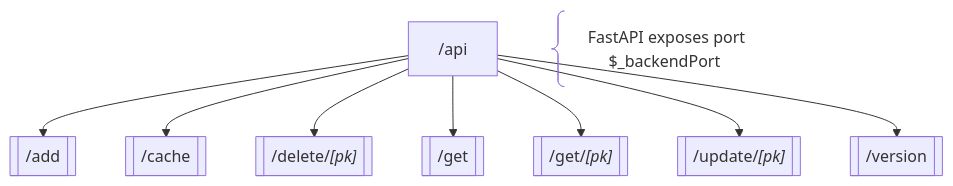
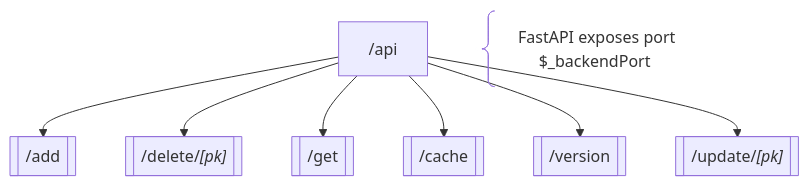
Before and after one commit to chump29/mind3r: the diagram in docs/README-backend.template.md, drawn with Mermaid. The commit also changed 30 other files, not shown here.

````diff
--- a/docs/README-backend.template.md
+++ b/docs/README-backend.template.md
@@ -24,19 +24,17 @@
 ```mermaid
 flowchart TD
 api@{shape: rect, label: "/api"}
 add_reminder[["`/add`"]]
-get_cache_stats[["`/cache`"]]
 delete_reminder[["`/delete/*[pk]*`"]]
 get_all_reminders[["`/get`"]]
-get_one_reminder[["`/get/*[pk]*`"]]
+get_cache_stats[["`/cache`"]]
 update_reminder[["`/update/*[pk]*`"]]
 get_version[["`/version`"]]
 api-->add_reminder
-api-->get_cache_stats
 api-->delete_reminder
 api-->get_all_reminders
-api-->get_one_reminder
+api-->get_cache_stats
+api-->get_version
 api-->update_reminder
-api-->get_version
 port@{shape: brace, label: "&nbsp; FastAPI exposes port $_backendPort"}
 ```
````
